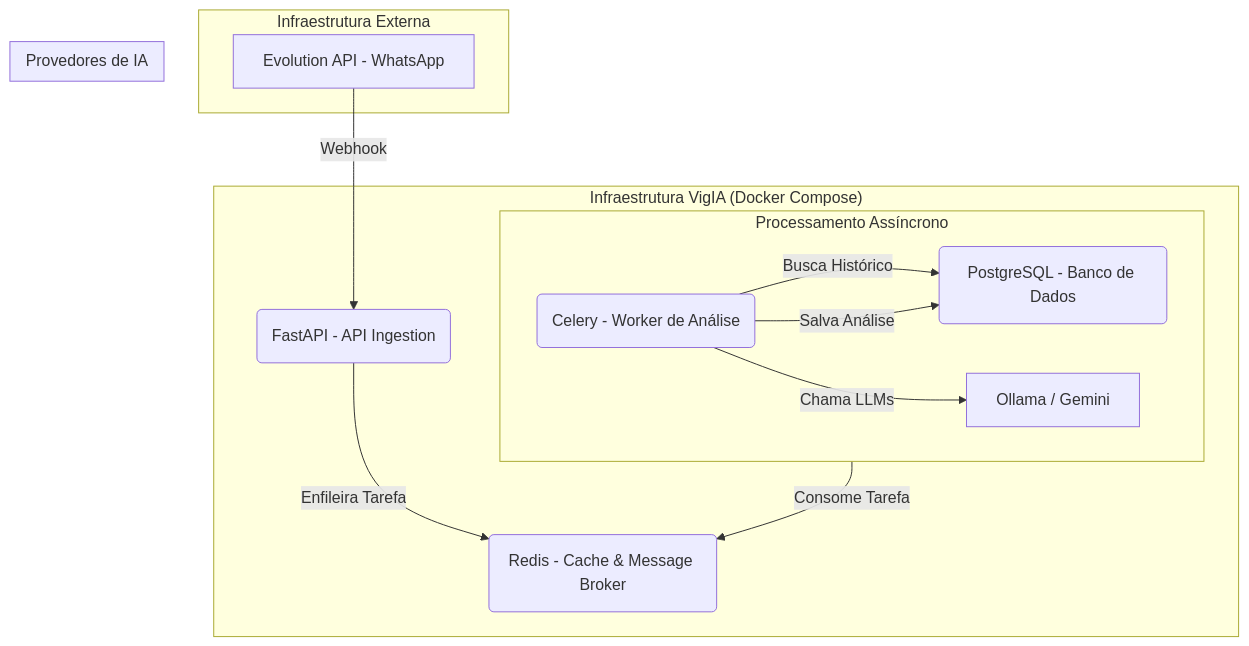
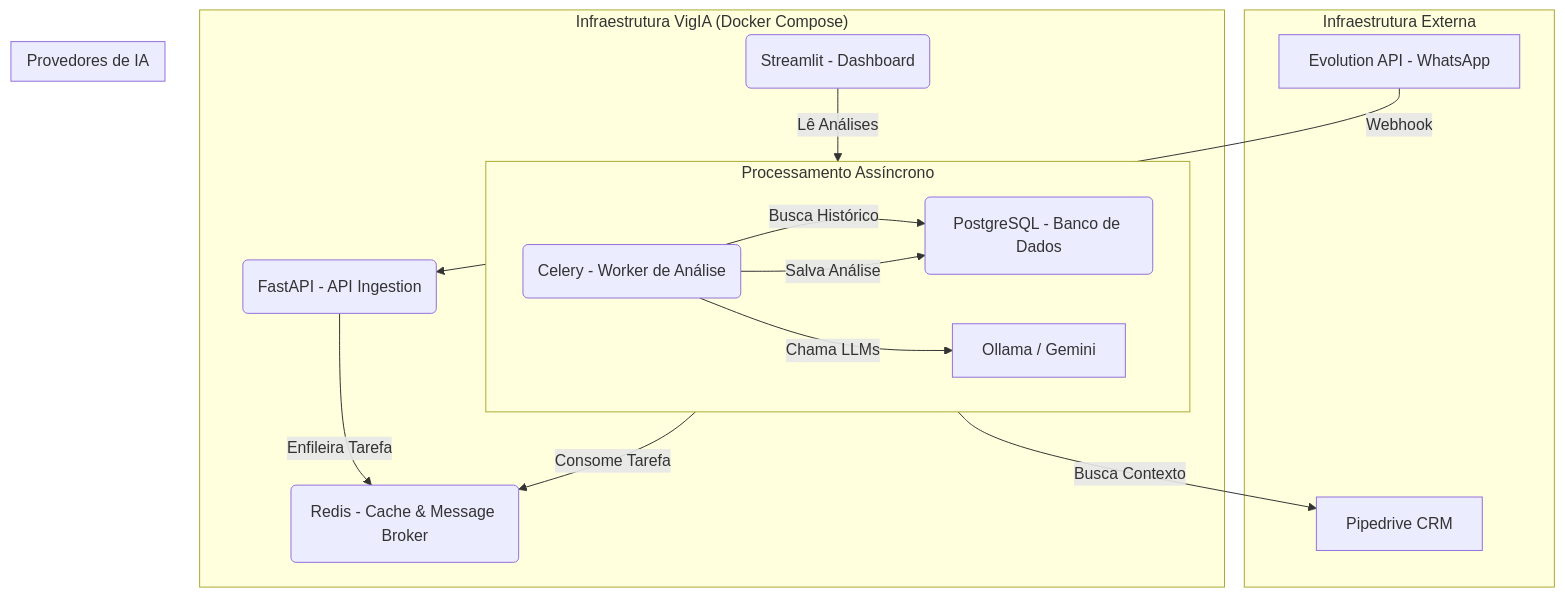
One commit to MrSchrodingers/vigia changed the first of 5 diagrams in README.md. Above: the diagram before and after it, drawn with Mermaid. The commit also changed other lines of this file and 4 other files, not shown here.

````diff
--- a/README.md
+++ b/README.md
@@ -29,28 +30,33 @@
 ```mermaid
 graph TD
     subgraph "Infraestrutura Externa"
         A[Evolution API - WhatsApp]
+        G[Pipedrive CRM]
     end
 
     subgraph "Infraestrutura VigIA (Docker Compose)"
         B(FastAPI - API Ingestion)
         C(Redis - Cache & Message Broker)
         D(Celery - Worker de Análise)
         E(PostgreSQL - Banco de Dados)
+        H(Streamlit - Dashboard)
 
         subgraph "Processamento Assíncrono"
             direction LR
             D -- Busca Histórico --> E
+            D -- Busca Contexto --> G
             D -- Chama LLMs --> F{LLM Providers}
             D -- Salva Análise --> E
         end
+        
+        H -- Lê Análises --> E
     end
 
     subgraph "Provedores de IA"
         F[Ollama / Gemini]
     end
 
     A -- Webhook --> B
     B -- Enfileira Tarefa --> C
     D -- Consome Tarefa --> C
 ```
````
